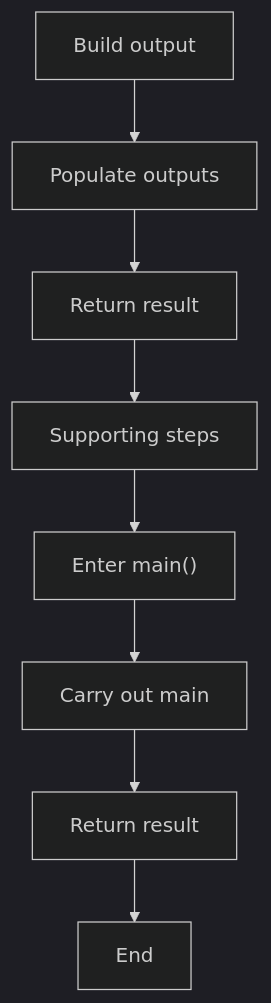
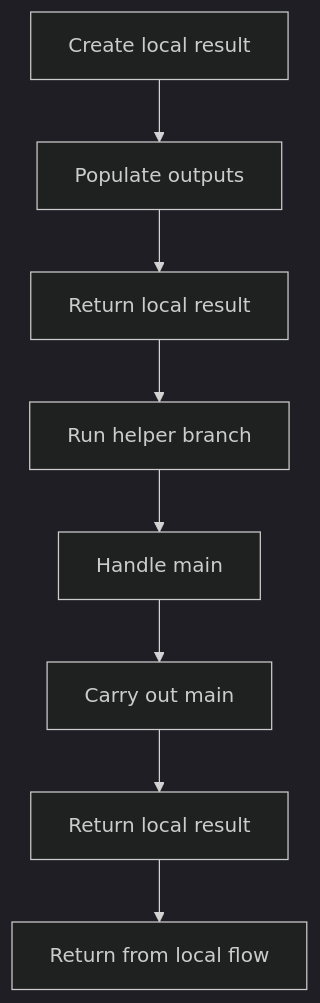
One commit to JohnAndrewBalbarosa/NeoTerritory changed the second of 6 diagrams in docs/Codebase/LegacyPatternTransformSamples/legacy_builder_to_singleton_sample.cpp.md. Above: the diagram before and after it, drawn with Mermaid (dark theme). The commit also changed other lines of this file and 915 other files, not shown here.

````diff
--- a/docs/Codebase/LegacyPatternTransformSamples/legacy_builder_to_singleton_sample.cpp.md
+++ b/docs/Codebase/LegacyPatternTransformSamples/legacy_builder_to_singleton_sample.cpp.md
@@ -49,18 +48,18 @@
 ```mermaid
 flowchart TD
-    N0["Build output"]
+    N0["Create local result"]
     N1["Populate outputs"]
-    N2["Return result"]
-    N3["Supporting steps"]
-    N4["Enter main()"]
+    N2["Return local result"]
+    N3["Run helper branch"]
+    N4["Handle main"]
     N5["Carry out main"]
-    N6["Return result"]
-    N7["End"]
+    N6["Return local result"]
+    N7["Return from local flow"]
     N0 --> N1
     N1 --> N2
     N2 --> N3
     N3 --> N4
     N4 --> N5
     N5 --> N6
     N6 --> N7
 ```
````
